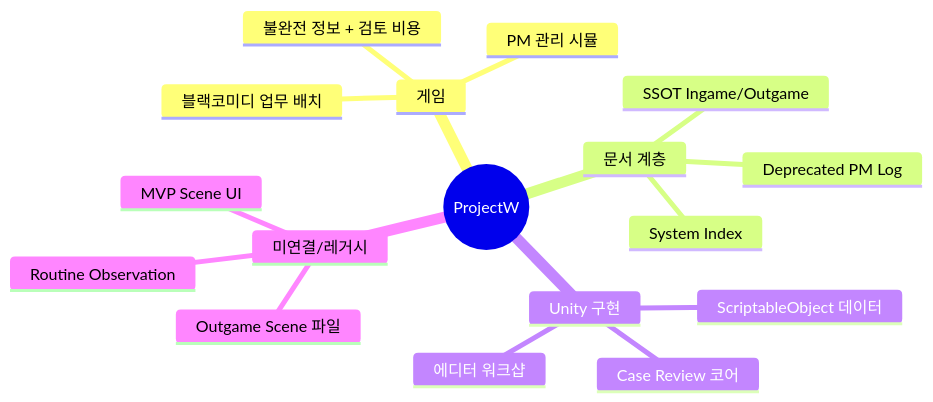
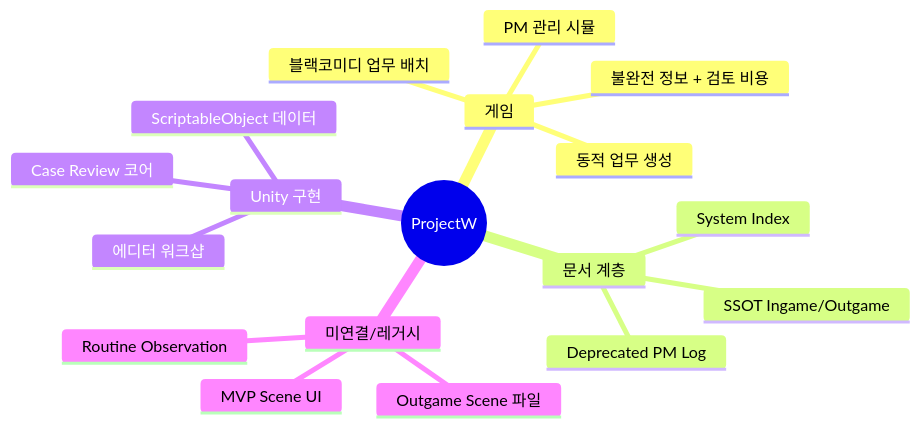
The first of 14 diagrams in Assets/Specification/Architecture – ProjectW System Overview.md (BaekNothing/ProjectW), drawn with Mermaid before and after one commit. The commit also changed other lines of this file and 4 other files, not shown here.

````diff
--- a/Assets/Specification/Architecture – ProjectW System Overview.md
+++ b/Assets/Specification/Architecture – ProjectW System Overview.md
@@ -20,20 +21,21 @@
 ```mermaid
 mindmap
   root((ProjectW))
     게임
       PM 관리 시뮬
       블랙코미디 업무 배치
+      동적 업무 생성
       불완전 정보 + 검토 비용
     문서 계층
       System Index
       SSOT Ingame/Outgame
       Deprecated PM Log
     Unity 구현
       Case Review 코어
       ScriptableObject 데이터
       에디터 워크샵
     미연결/레거시
       MVP Scene UI
       Routine Observation
       Outgame Scene 파일
 ```
````
